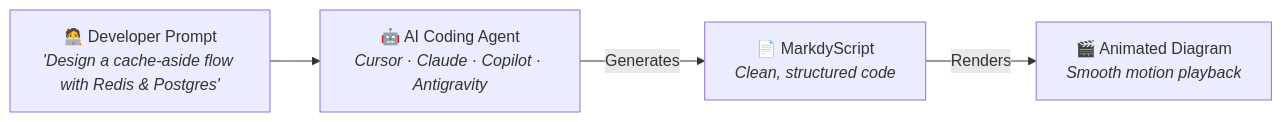
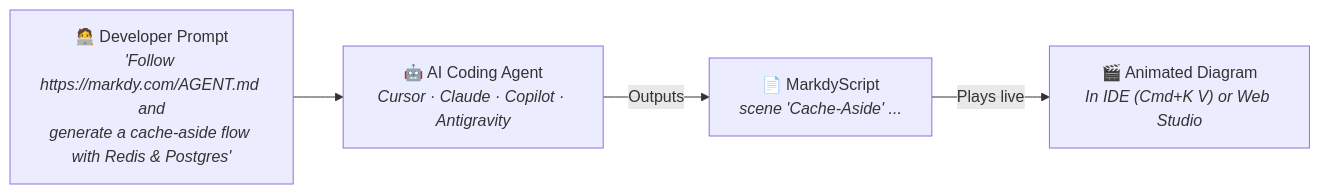
Before and after one commit to HoangYell/markdy-com: the diagram in README.md, drawn with Mermaid. The commit also changed other lines of this file, not shown here.

Commit message:
docs: streamline AI paradigm into detailed, concise mermaid diagram

````diff
--- a/README.md
+++ b/README.md
@@ -44,6 +44,6 @@
 ```mermaid
 flowchart LR
-    A["🧑‍💻 Developer Prompt<br/><i>'Design a cache-aside flow with Redis & Postgres'</i>"] --> B["🤖 AI Coding Agent<br/><i>Cursor · Claude · Copilot · Antigravity</i>"]
-    B -->|"Generates"| C["📄 MarkdyScript<br/><i>Clean, structured code</i>"]
-    C -->|"Renders"| D["🎬 Animated Diagram<br/><i>Smooth motion playback</i>"]
+    A["🧑‍💻 Developer Prompt<br/><i>'Follow https://markdy.com/AGENT.md and<br/>generate a cache-aside flow with Redis & Postgres'</i>"] --> B["🤖 AI Coding Agent<br/><i>Cursor · Claude · Copilot · Antigravity</i>"]
+    B -->|"Outputs"| C["📄 MarkdyScript<br/><i>scene 'Cache-Aside' ...</i>"]
+    C -->|"Plays live"| D["🎬 Animated Diagram<br/><i>In IDE (Cmd+K V) or Web Studio</i>"]
 ```
````
